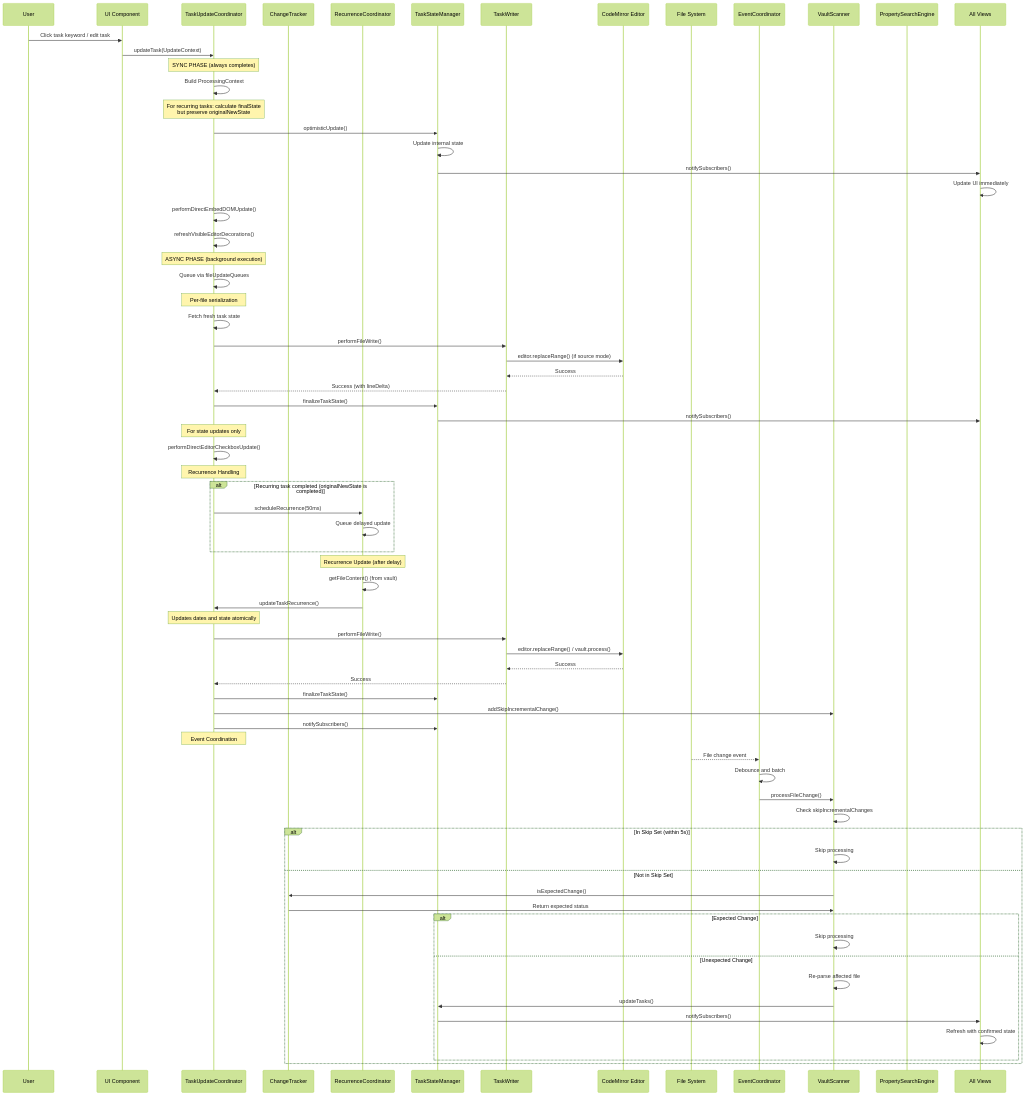
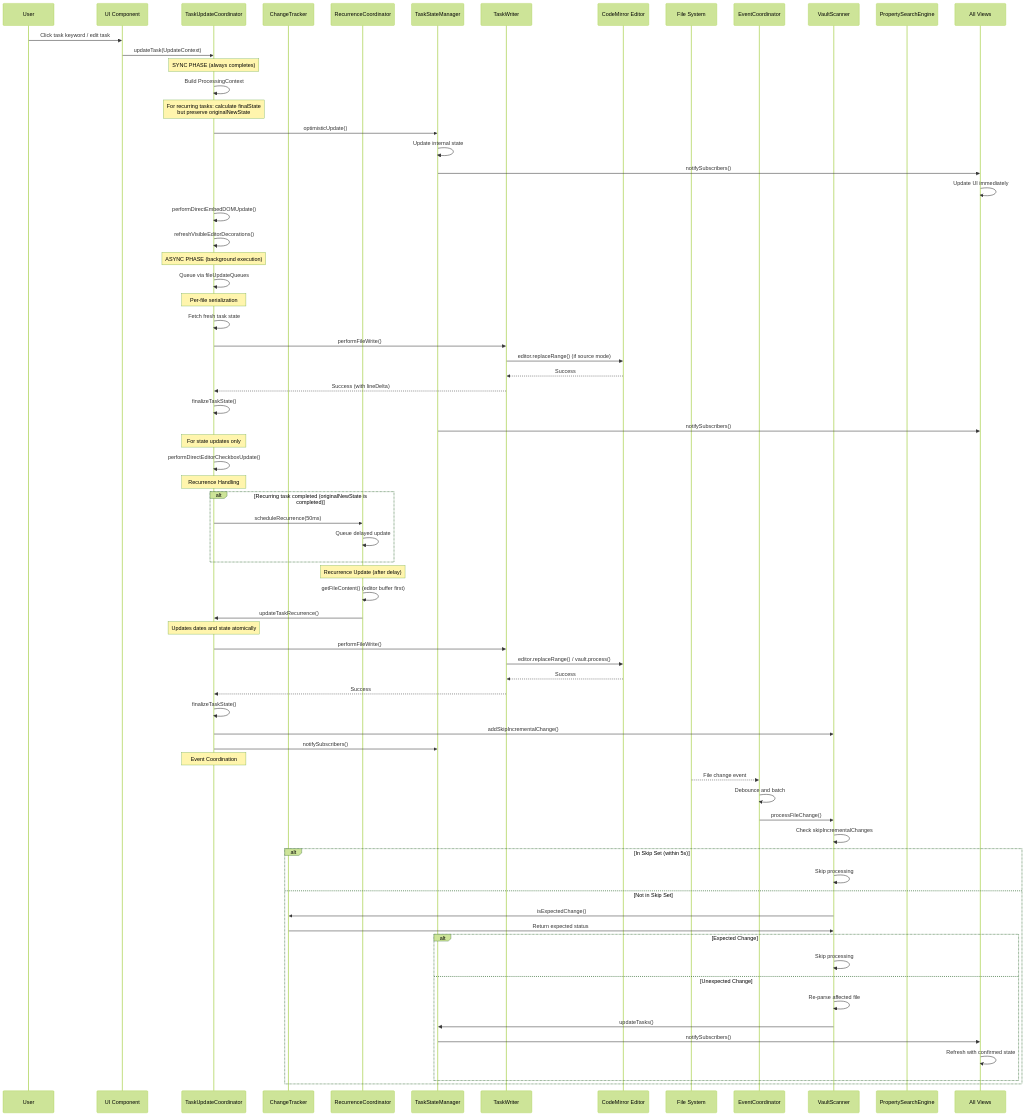
Before and after one commit to scross01/obsidian-todoseq: the third of 4 diagrams in ARCHITECTURE.md, drawn with Mermaid (forest theme). The commit also changed other lines of this file, not shown here.

First line of the commit message:
Bring ARCHITECTURE.md up to date with the current code

````diff
--- a/ARCHITECTURE.md
+++ b/ARCHITECTURE.md
@@ -931,79 +933,79 @@
 ```mermaid
 sequenceDiagram
     participant User
     participant UI as UI Component
     participant Coordinator as TaskUpdateCoordinator
     participant ChangeTrack as ChangeTracker
     participant RecurCoord as RecurrenceCoordinator
     participant StateMgr as TaskStateManager
     participant TaskWriter as TaskWriter
     participant Editor as CodeMirror Editor
     participant FileSys as File System
     participant EventCoord as EventCoordinator
     participant VaultScan as VaultScanner
     participant PropertySearch as PropertySearchEngine
     participant Views as All Views
 User->>UI: Click task keyword / edit task
 UI->>Coordinator: updateTask(UpdateContext)
 
 Note over Coordinator: SYNC PHASE (always completes)
 Coordinator->>Coordinator: Build ProcessingContext
 Note over Coordinator: For recurring tasks: calculate finalState<br/>but preserve originalNewState
 Coordinator->>StateMgr: optimisticUpdate()
 StateMgr->>StateMgr: Update internal state
 StateMgr->>Views: notifySubscribers()
 Views->>Views: Update UI immediately
 Coordinator->>Coordinator: performDirectEmbedDOMUpdate()
 Coordinator->>Coordinator: refreshVisibleEditorDecorations()
 
 Note over Coordinator: ASYNC PHASE (background execution)
 Coordinator->>Coordinator: Queue via fileUpdateQueues
 Note over Coordinator: Per-file serialization
 Coordinator->>Coordinator: Fetch fresh task state
 Coordinator->>TaskWriter: performFileWrite()
 TaskWriter->>Editor: editor.replaceRange() (if source mode)
 Editor-->>TaskWriter: Success
 TaskWriter-->>Coordinator: Success (with lineDelta)
-Coordinator->>StateMgr: finalizeTaskState()
+Coordinator->>Coordinator: finalizeTaskState()
 StateMgr->>Views: notifySubscribers()
 Note over Coordinator: For state updates only
 Coordinator->>Coordinator: performDirectEditorCheckboxUpdate()
 
 Note over Coordinator: Recurrence Handling
 alt Recurring task completed (originalNewState is completed)
     Coordinator->>RecurCoord: scheduleRecurrence(50ms)
     RecurCoord->>RecurCoord: Queue delayed update
 end
 
 Note over RecurCoord: Recurrence Update (after delay)
-RecurCoord->>RecurCoord: getFileContent() (from vault)
+RecurCoord->>RecurCoord: getFileContent() (editor buffer first)
 RecurCoord->>Coordinator: updateTaskRecurrence()
 Note over Coordinator: Updates dates and state atomically
 Coordinator->>TaskWriter: performFileWrite()
 TaskWriter->>Editor: editor.replaceRange() / vault.process()
 Editor-->>TaskWriter: Success
 TaskWriter-->>Coordinator: Success
-Coordinator->>StateMgr: finalizeTaskState()
+Coordinator->>Coordinator: finalizeTaskState()
 Coordinator->>VaultScan: addSkipIncrementalChange()
 Coordinator->>StateMgr: notifySubscribers()
 
 Note over Coordinator: Event Coordination
 FileSys-->>EventCoord: File change event
 EventCoord->>EventCoord: Debounce and batch
 EventCoord->>VaultScan: processFileChange()
 VaultScan->>VaultScan: Check skipIncrementalChanges
 alt In Skip Set (within 5s)
     VaultScan->>VaultScan: Skip processing
 else Not in Skip Set
     VaultScan->>ChangeTrack: isExpectedChange()
     ChangeTrack->>VaultScan: Return expected status
     alt Expected Change
         VaultScan->>VaultScan: Skip processing
     else Unexpected Change
         VaultScan->>VaultScan: Re-parse affected file
         VaultScan->>StateMgr: updateTasks()
         StateMgr->>Views: notifySubscribers()
         Views->>Views: Refresh with confirmed state
     end
 end
 ```
````
